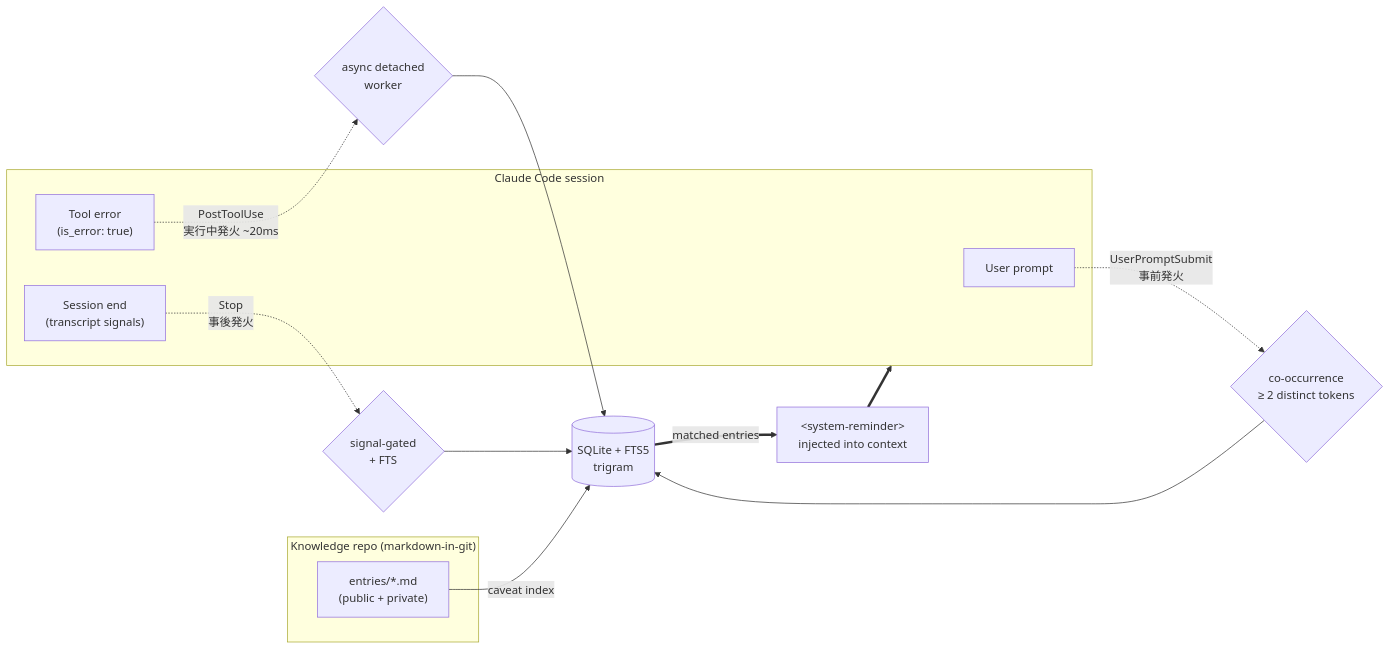
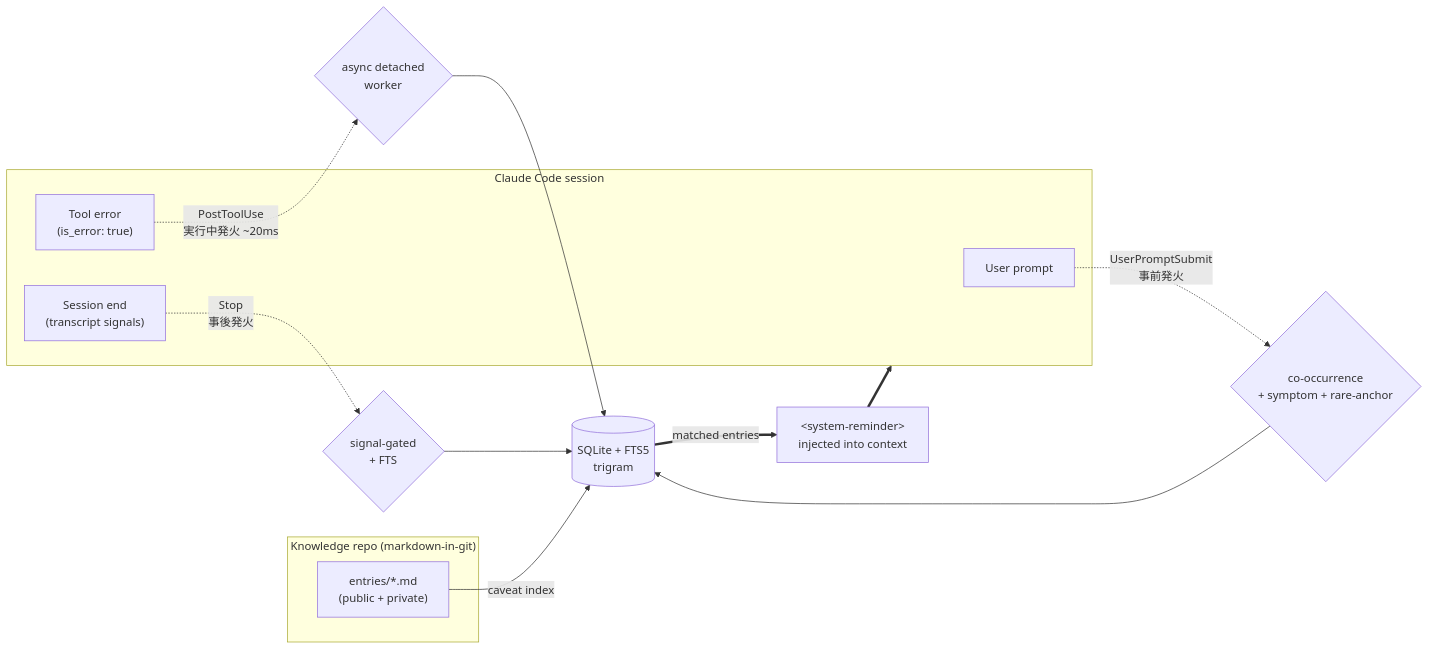
One commit to kitepon-rgb/Caveat changed the diagram in README.md. Above: the diagram before and after it, drawn with Mermaid. The commit also changed other lines of this file and 13 other files, not shown here.

First line of the commit message:
feat(hooks): v0.12.0 — symptom-section + rare-anchor gates kill proper-noun noise

````diff
--- a/README.md
+++ b/README.md
@@ -64,25 +64,25 @@
 ```mermaid
 flowchart LR
     subgraph KB["Knowledge repo (markdown-in-git)"]
         MD["entries/*.md<br/>(public + private)"]
     end
 
     MD -->|caveat index| FTS[("SQLite + FTS5<br/>trigram")]
 
     subgraph CC["Claude Code session"]
         P["User prompt"]
         T["Tool error<br/>(is_error: true)"]
         S["Session end<br/>(transcript signals)"]
     end
 
-    P -.->|"UserPromptSubmit<br/>事前発火"| H1{"co-occurrence<br/>≥ 2 distinct tokens"}
+    P -.->|"UserPromptSubmit<br/>事前発火"| H1{"co-occurrence<br/>+ symptom + rare-anchor"}
     T -.->|"PostToolUse<br/>実行中発火 ~20ms"| H2{"async detached<br/>worker"}
     S -.->|"Stop<br/>事後発火"| H3{"signal-gated<br/>+ FTS"}
 
     H1 --> FTS
     H2 --> FTS
     H3 --> FTS
 
     FTS ==>|matched entries| R["&lt;system-reminder&gt;<br/>injected into context"]
     R ==> CC
 ```
````
